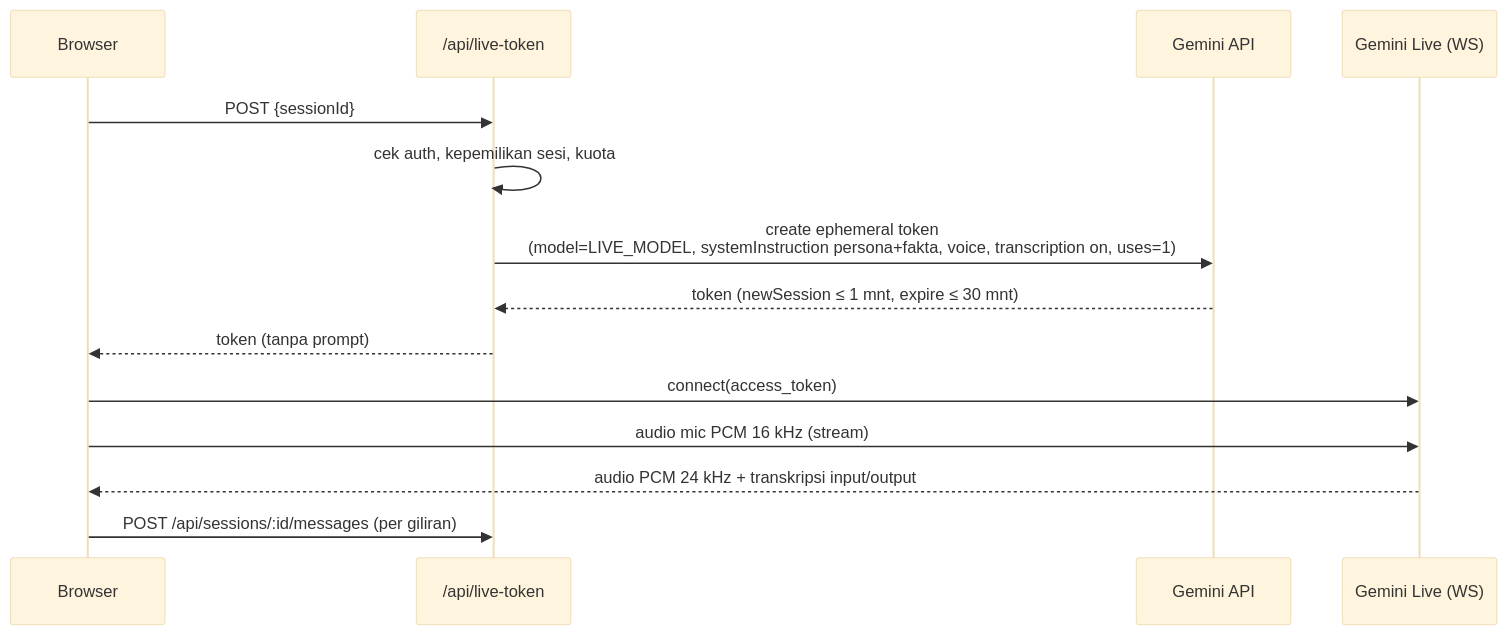
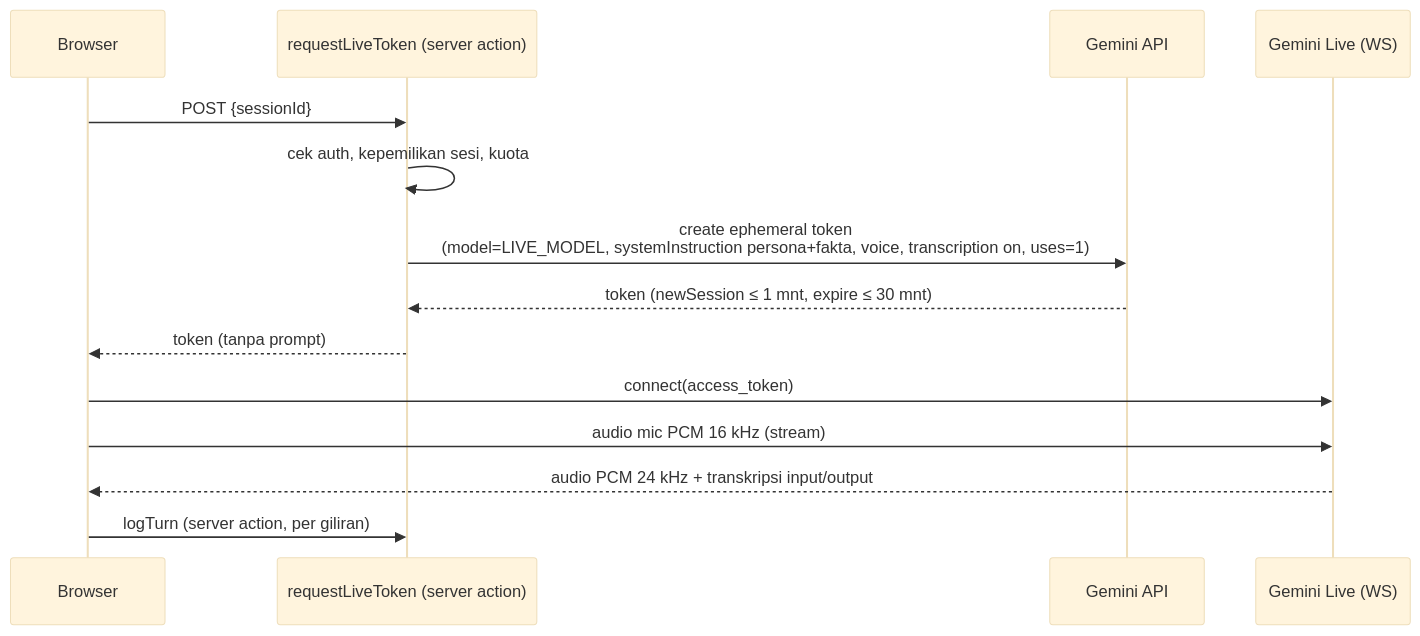
Before and after one commit to adrielwalintukan/interviewAI: the second of 3 diagrams in docs/architecture.md, drawn with Mermaid (base theme). The commit also changed other lines of this file and 1 other file, not shown here.

First line of the commit message:
docs: selaraskan architecture dan workflow dengan Server Actions

````diff
--- a/docs/architecture.md
+++ b/docs/architecture.md
@@ -83,16 +79,16 @@
 ```mermaid
 sequenceDiagram
   participant B as Browser
-  participant S as /api/live-token
+  participant S as requestLiveToken (server action)
   participant G as Gemini API
   participant L as Gemini Live (WS)
   B->>S: POST {sessionId}
   S->>S: cek auth, kepemilikan sesi, kuota
   S->>G: create ephemeral token<br/>(model=LIVE_MODEL, systemInstruction persona+fakta, voice, transcription on, uses=1)
   G-->>S: token (newSession ≤ 1 mnt, expire ≤ 30 mnt)
   S-->>B: token (tanpa prompt)
   B->>L: connect(access_token)
   B->>L: audio mic PCM 16 kHz (stream)
   L-->>B: audio PCM 24 kHz + transkripsi input/output
-  B->>S: POST /api/sessions/:id/messages (per giliran)
+  B->>S: logTurn (server action, per giliran)
 ```
````
